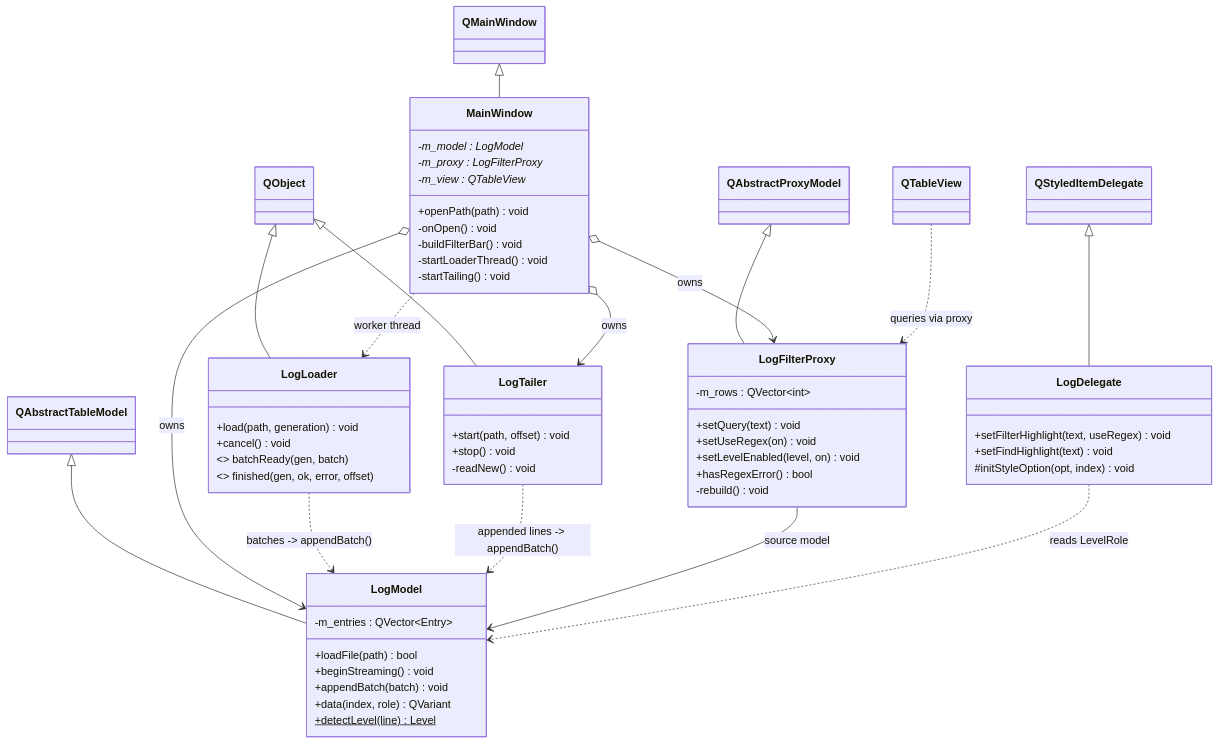
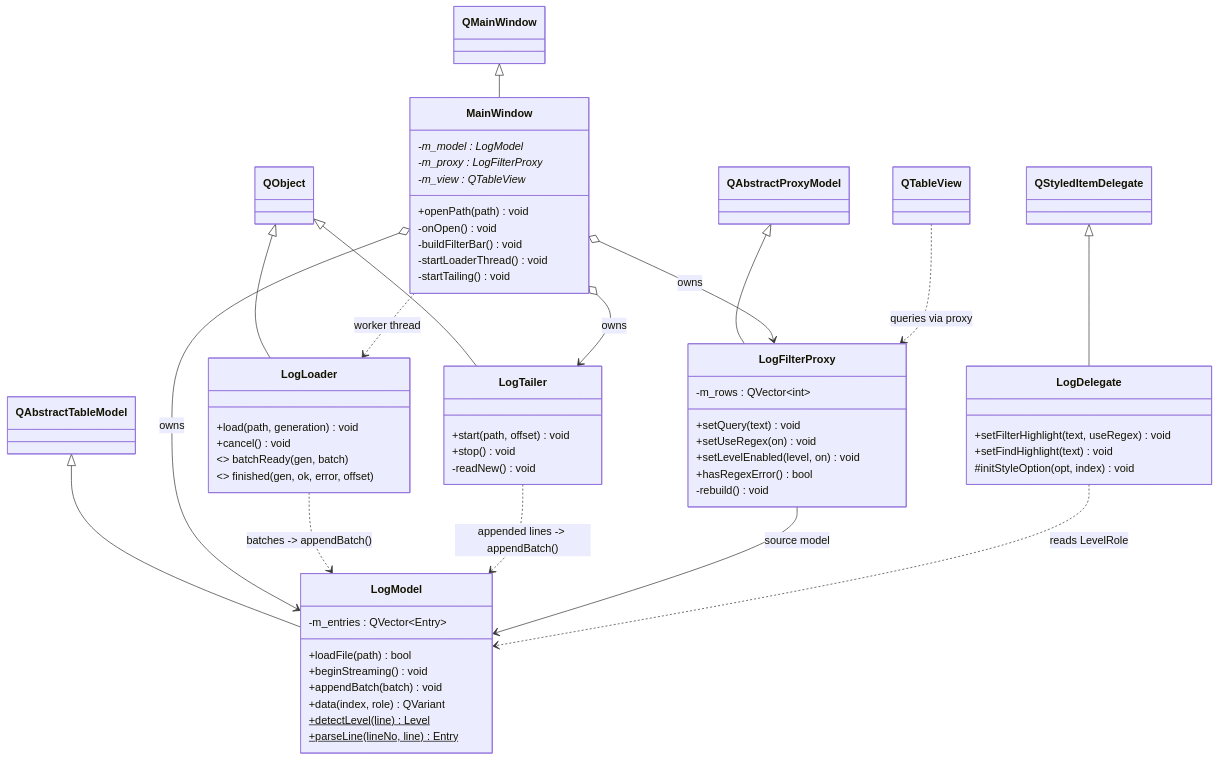
Before and after one commit to MvpBruce/LogLens: the first of 2 diagrams in README.md, drawn with Mermaid. The commit also changed other lines of this file and 6 other files, not shown here.

````diff
--- a/README.md
+++ b/README.md
@@ -66,67 +68,68 @@
 ```mermaid
 classDiagram
     class QMainWindow
     class QAbstractTableModel
     class QAbstractProxyModel
     class QStyledItemDelegate
     class QObject
 
     class MainWindow {
         +openPath(path) void
         -onOpen() void
         -buildFilterBar() void
         -startLoaderThread() void
         -startTailing() void
         -m_model : LogModel*
         -m_proxy : LogFilterProxy*
         -m_view : QTableView*
     }
     class LogModel {
         +loadFile(path) bool
         +beginStreaming() void
         +appendBatch(batch) void
         +data(index, role) QVariant
         +detectLevel(line)$ Level
+        +parseLine(lineNo, line)$ Entry
         -m_entries : QVector~Entry~
     }
     class LogFilterProxy {
         +setQuery(text) void
         +setUseRegex(on) void
         +setLevelEnabled(level, on) void
         +hasRegexError() bool
         -rebuild() void
         -m_rows : QVector~int~
     }
     class LogDelegate {
         +setFilterHighlight(text, useRegex) void
         +setFindHighlight(text) void
         #initStyleOption(opt, index) void
     }
     class LogLoader {
         +load(path, generation) void
         +cancel() void
         <<signal>> batchReady(gen, batch)
         <<signal>> finished(gen, ok, error, offset)
     }
     class LogTailer {
         +start(path, offset) void
         +stop() void
         -readNew() void
     }
 
     QMainWindow <|-- MainWindow
     QAbstractTableModel <|-- LogModel
     QAbstractProxyModel <|-- LogFilterProxy
     QStyledItemDelegate <|-- LogDelegate
     QObject <|-- LogLoader
     QObject <|-- LogTailer
     MainWindow o--> LogModel : owns
     MainWindow o--> LogFilterProxy : owns
     MainWindow o--> LogTailer : owns
     MainWindow ..> LogLoader : worker thread
     LogLoader ..> LogModel : batches -> appendBatch()
     LogTailer ..> LogModel : appended lines -> appendBatch()
     LogFilterProxy --> LogModel : source model
     QTableView ..> LogFilterProxy : queries via proxy
     LogDelegate ..> LogModel : reads LevelRole
 ```
````
